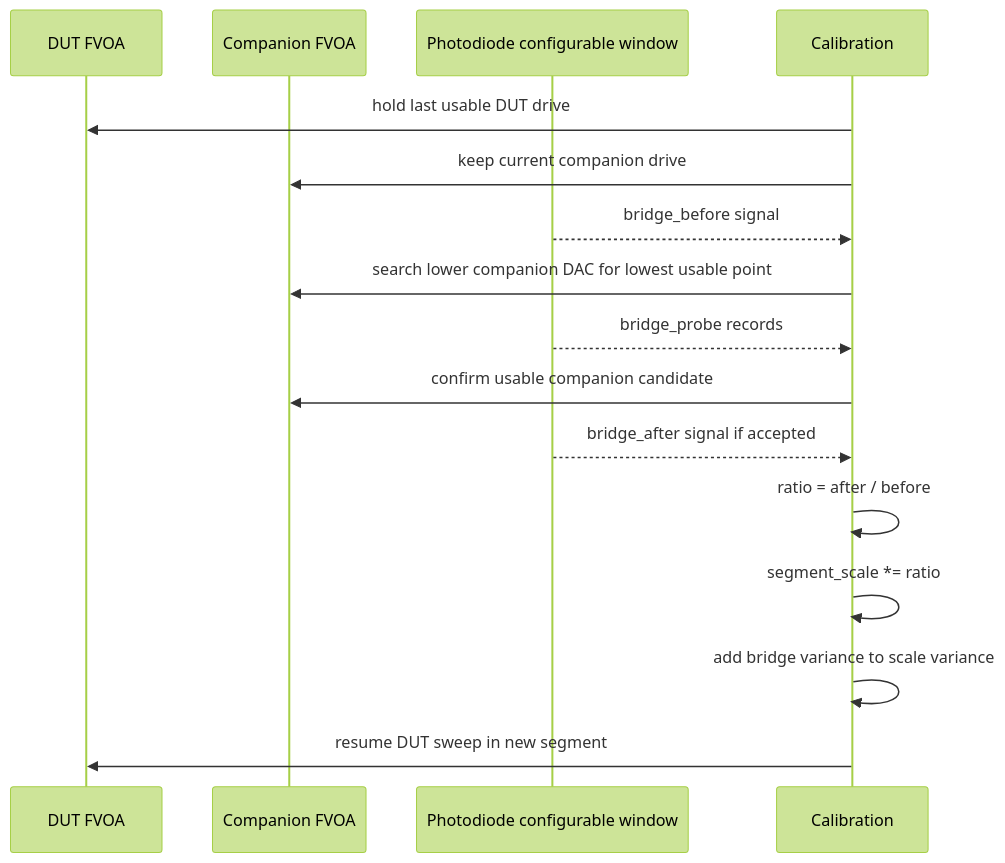
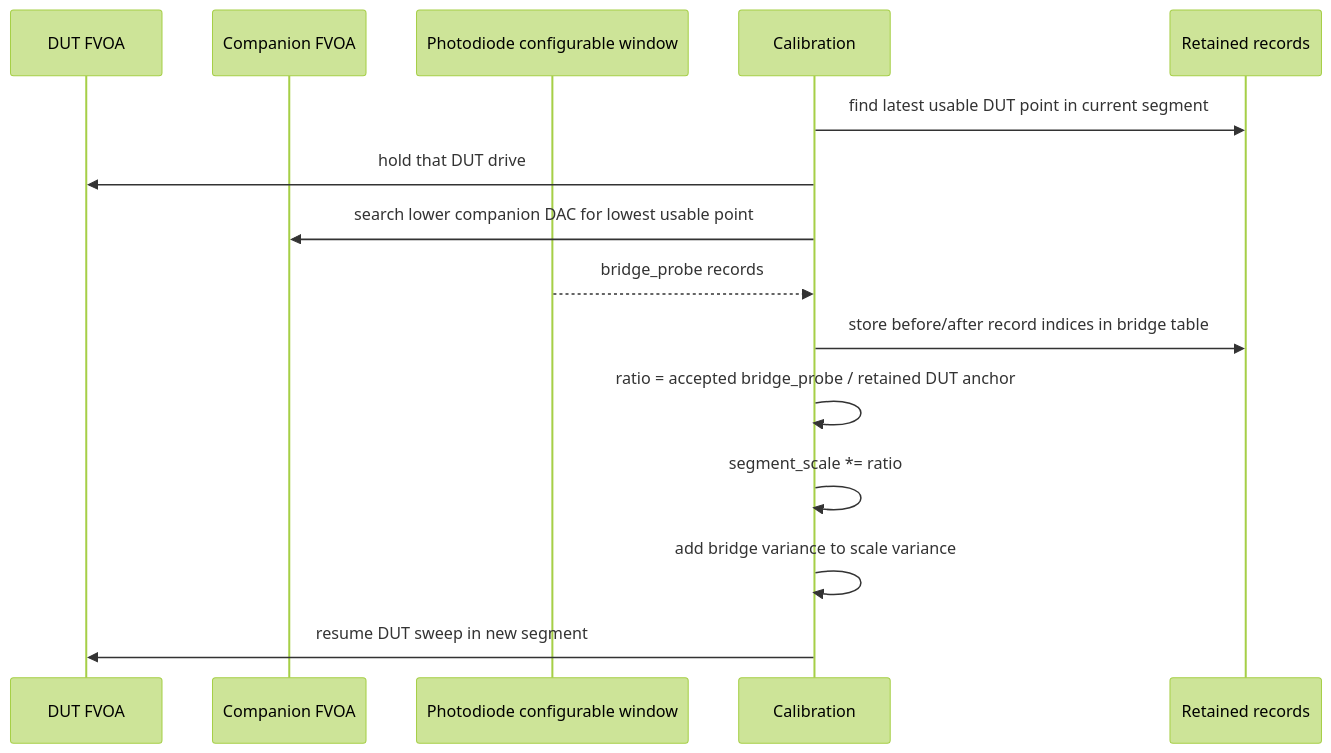
The fifth of 7 diagrams in doc/attenuator_calibration.md (COO-Utilities/hispec-tib), drawn with Mermaid (forest theme) before and after one commit. The commit also changed other lines of this file and 8 other files, not shown here.

````diff
--- a/doc/attenuator_calibration.md
+++ b/doc/attenuator_calibration.md
@@ -182,19 +190,18 @@
 ```mermaid
 sequenceDiagram
   participant DUT as DUT FVOA
   participant Other as Companion FVOA
   participant PD as Photodiode configurable window
   participant Cal as Calibration
+  participant Rec as Retained records
 
-  Cal->>DUT: hold last usable DUT drive
-  Cal->>Other: keep current companion drive
-  PD-->>Cal: bridge_before signal
+  Cal->>Rec: find latest usable DUT point in current segment
+  Cal->>DUT: hold that DUT drive
   Cal->>Other: search lower companion DAC for lowest usable point
   PD-->>Cal: bridge_probe records
-  Cal->>Other: confirm usable companion candidate
-  PD-->>Cal: bridge_after signal if accepted
-  Cal->>Cal: ratio = after / before
+  Cal->>Rec: store before/after record indices in bridge table
+  Cal->>Cal: ratio = accepted bridge_probe / retained DUT anchor
   Cal->>Cal: segment_scale *= ratio
   Cal->>Cal: add bridge variance to scale variance
   Cal->>DUT: resume DUT sweep in new segment
 ```
````
